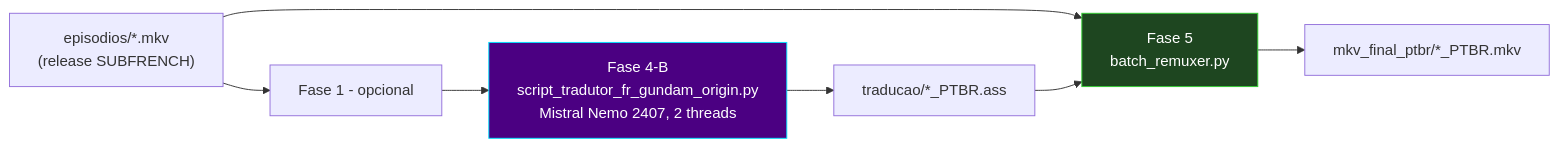
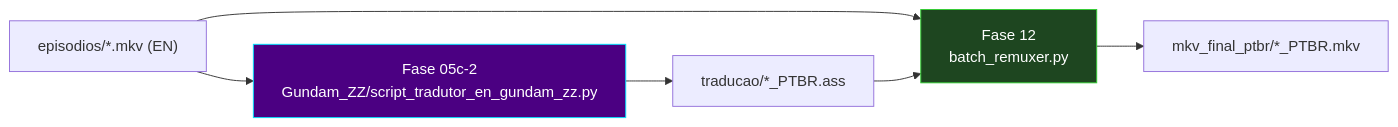
One commit to carmipa/projeto-tracker-animes-traducao changed diagram 13 of 15 in docs/arquitetura.md. Above: the diagram before and after it, drawn with Mermaid. The commit also changed other lines of this file and 42 other files, not shown here.

````diff
--- a/docs/arquitetura.md
+++ b/docs/arquitetura.md
@@ -366,12 +461,11 @@
 ```mermaid
 flowchart LR
-    MKV["episodios/*.mkv\n(release SUBFRENCH)"] --> F1["Fase 1 - opcional"]
-    F1 --> F4B["Fase 4-B\nscript_tradutor_fr_gundam_origin.py\nMistral Nemo 2407, 2 threads"]
-    F4B --> ASS["traducao/*_PTBR.ass"]
-    MKV --> F5["Fase 5\nbatch_remuxer.py"]
-    ASS --> F5
-    F5 --> OUT["mkv_final_ptbr/*_PTBR.mkv"]
+    L_MKV["episodios/*.mkv (EN)"] --> L_F05C2["Fase 05c-2<br/>Gundam_ZZ/script_tradutor_en_gundam_zz.py"]
+    L_F05C2 --> L_ASS["traducao/*_PTBR.ass"]
+    L_MKV --> L_F12["Fase 12<br/>batch_remuxer.py"]
+    L_ASS --> L_F12
+    L_F12 --> L_OUT["mkv_final_ptbr/*_PTBR.mkv"]
 
-    style F4B fill:#4B0082,stroke:#00E5FF,color:#fff
-    style F5 fill:#1e4620,stroke:#32CD32,color:#fff
+    style L_F05C2 fill:#4B0082,stroke:#00E5FF,color:#fff
+    style L_F12 fill:#1e4620,stroke:#32CD32,color:#fff
 ```
````
